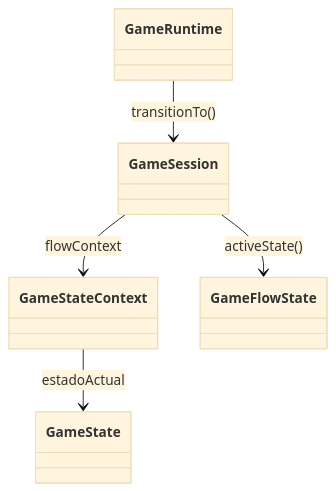
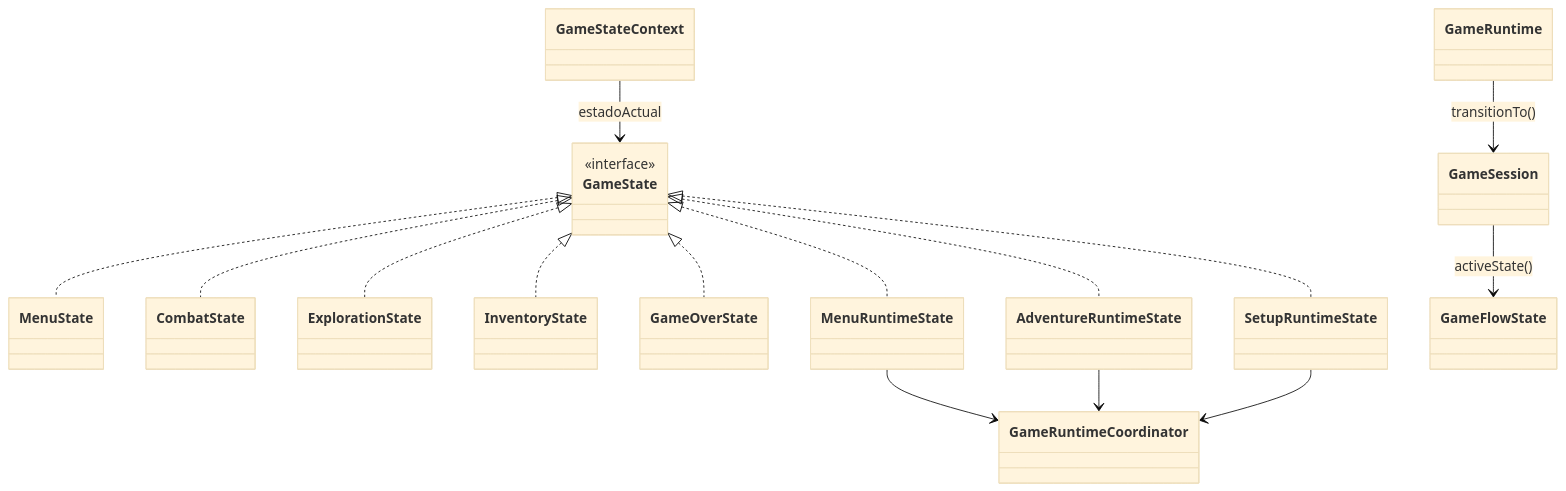
Before and after one commit to Craos6518/dungeon-crawler-patterns: the diagram in docs/03-patterns/state.md, drawn with Mermaid (base theme). The commit also changed other lines of this file and 12 other files, not shown here.

````diff
--- a/docs/03-patterns/state.md
+++ b/docs/03-patterns/state.md
@@ -26,7 +36,20 @@
 ```mermaid
 classDiagram
+    class GameState {
+        <<interface>>
+    }
+    GameState <|.. MenuState
+    GameState <|.. CombatState
+    GameState <|.. ExplorationState
+    GameState <|.. InventoryState
+    GameState <|.. GameOverState
+    GameState <|.. MenuRuntimeState
+    GameState <|.. AdventureRuntimeState
+    GameState <|.. SetupRuntimeState
+    GameStateContext --> GameState : estadoActual
+    MenuRuntimeState --> GameRuntimeCoordinator
+    AdventureRuntimeState --> GameRuntimeCoordinator
+    SetupRuntimeState --> GameRuntimeCoordinator
     GameRuntime --> GameSession : transitionTo()
-    GameSession --> GameStateContext : flowContext
     GameSession --> GameFlowState : activeState()
-    GameStateContext --> GameState : estadoActual
 ```
````
